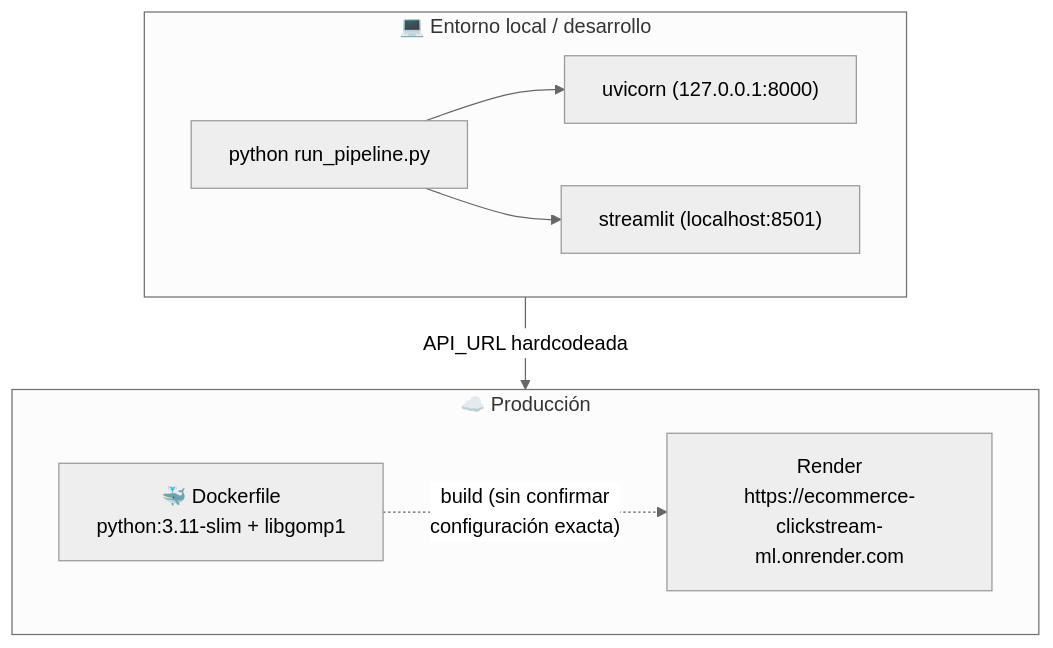
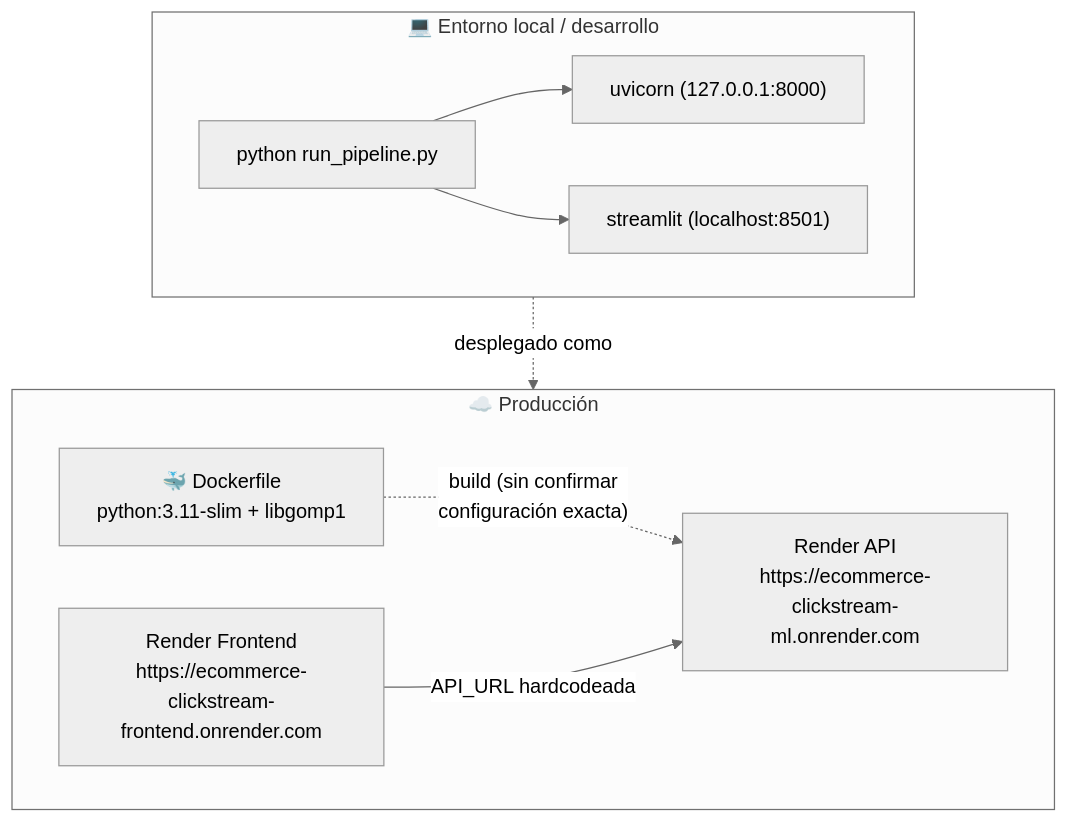
Before and after one commit to roomunoz/ml-recommendation-ecommerce: the third of 16 diagrams in README.md, drawn with Mermaid (neutral theme). The commit also changed other lines of this file and 1 other file, not shown here.

````diff
--- a/README.md
+++ b/README.md
@@ -221,20 +233,22 @@
 ```mermaid
 flowchart TB
     subgraph Local["💻 Entorno local / desarrollo"]
         direction LR
         LPY["python run_pipeline.py"]
         LAPI["uvicorn (127.0.0.1:8000)"]
         LST["streamlit (localhost:8501)"]
         LPY --> LAPI
         LPY --> LST
     end
 
     subgraph Cloud["☁️ Producción"]
         direction LR
         DOCK["🐳 Dockerfile\npython:3.11-slim + libgomp1"]
-        RENDER["Render\nhttps://ecommerce-clickstream-ml.onrender.com"]
+        RENDER["Render API\nhttps://ecommerce-clickstream-ml.onrender.com"]
+        RENDER_FRONT["Render Frontend\nhttps://ecommerce-clickstream-frontend.onrender.com"]
         DOCK -.->|"build (sin confirmar\nconfiguración exacta)"| RENDER
+        RENDER_FRONT -->|"API_URL hardcodeada"| RENDER
     end
 
-    LST -->|"API_URL hardcodeada"| RENDER
+    LST -.->|"desplegado como"| RENDER_FRONT
 ```
````
